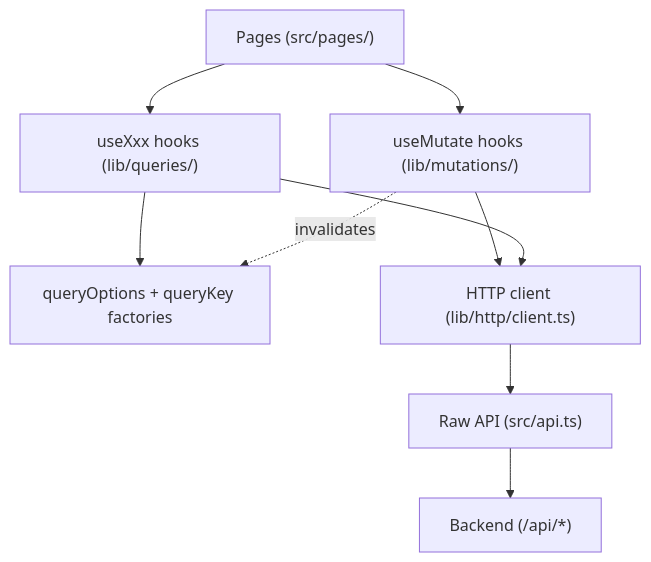
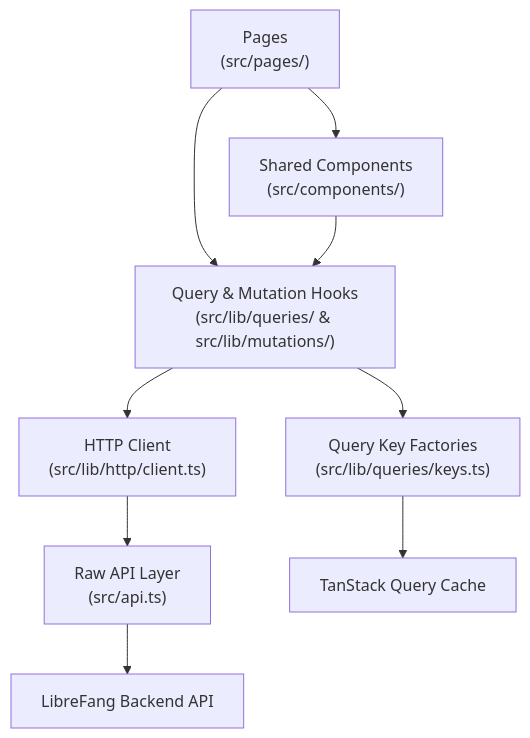
Before and after one commit to leszek3737/librefang-WIki: the diagram in other-librefang-api-dashboard.md, drawn with Mermaid. The commit also changed other lines of this file and 94 other files, not shown here.

````diff
--- a/other-librefang-api-dashboard.md
+++ b/other-librefang-api-dashboard.md
@@ -13,11 +13,11 @@
 ```mermaid
 graph TD
-    P["Pages (src/pages/)"] --> Q["useXxx hooks (lib/queries/)"]
-    P --> M["useMutate hooks (lib/mutations/)"]
-    Q --> QO["queryOptions + queryKey factories"]
-    M --> HC["HTTP client (lib/http/client.ts)"]
-    Q --> HC
-    HC --> API["Raw API (src/api.ts)"]
-    API --> BE["Backend (/api/*)"]
-    M -.invalidates.-> QO
+    Pages["Pages<br/>(src/pages/)"] --> Hooks["Query & Mutation Hooks<br/>(src/lib/queries/ & src/lib/mutations/)"]
+    Hooks --> HTTP["HTTP Client<br/>(src/lib/http/client.ts)"]
+    HTTP --> API["Raw API Layer<br/>(src/api.ts)"]
+    API --> Backend["LibreFang Backend API"]
+    Hooks --> Keys["Query Key Factories<br/>(src/lib/queries/keys.ts)"]
+    Keys --> Cache["TanStack Query Cache"]
+    Pages --> Components["Shared Components<br/>(src/components/)"]
+    Components --> Hooks
 ```
````
